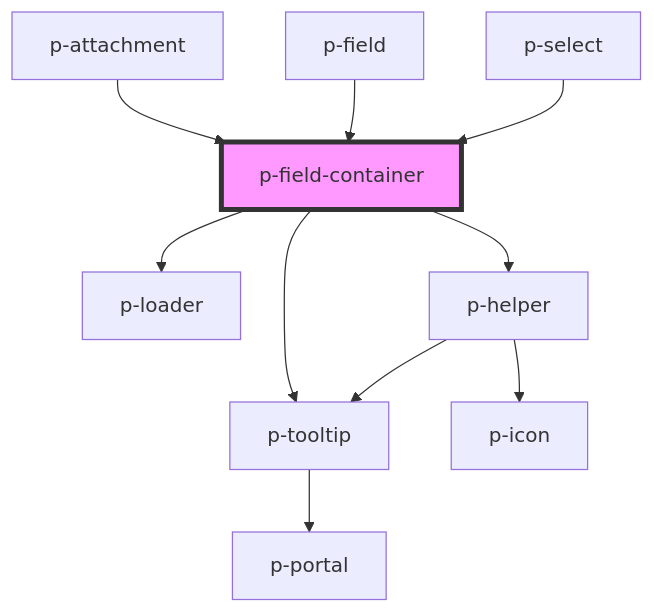
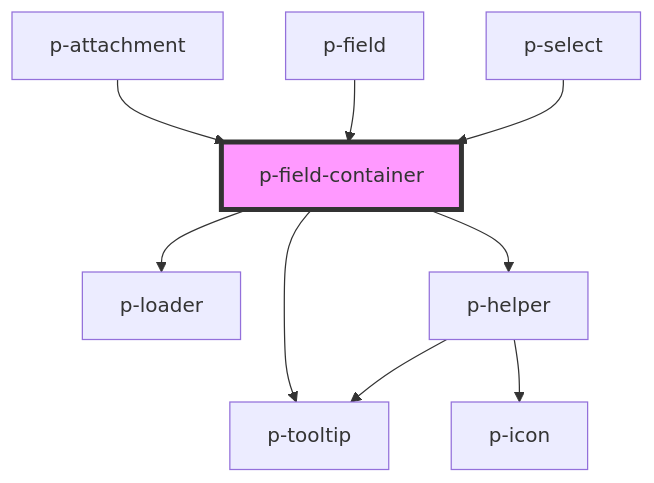
One commit to Employes/Paperless changed the diagram in packages/core/src/components/molecules/field/container/readme.md. Above: the diagram before and after it, drawn with Mermaid. The commit also changed 28 other files, not shown here.

````diff
--- a/packages/core/src/components/molecules/field/container/readme.md
+++ b/packages/core/src/components/molecules/field/container/readme.md
@@ -49,13 +49,12 @@
 ```mermaid
 graph TD;
   p-field-container --> p-loader
   p-field-container --> p-helper
   p-field-container --> p-tooltip
   p-helper --> p-tooltip
   p-helper --> p-icon
-  p-tooltip --> p-portal
   p-attachment --> p-field-container
   p-field --> p-field-container
   p-select --> p-field-container
   style p-field-container fill:#f9f,stroke:#333,stroke-width:4px
 ```
````
